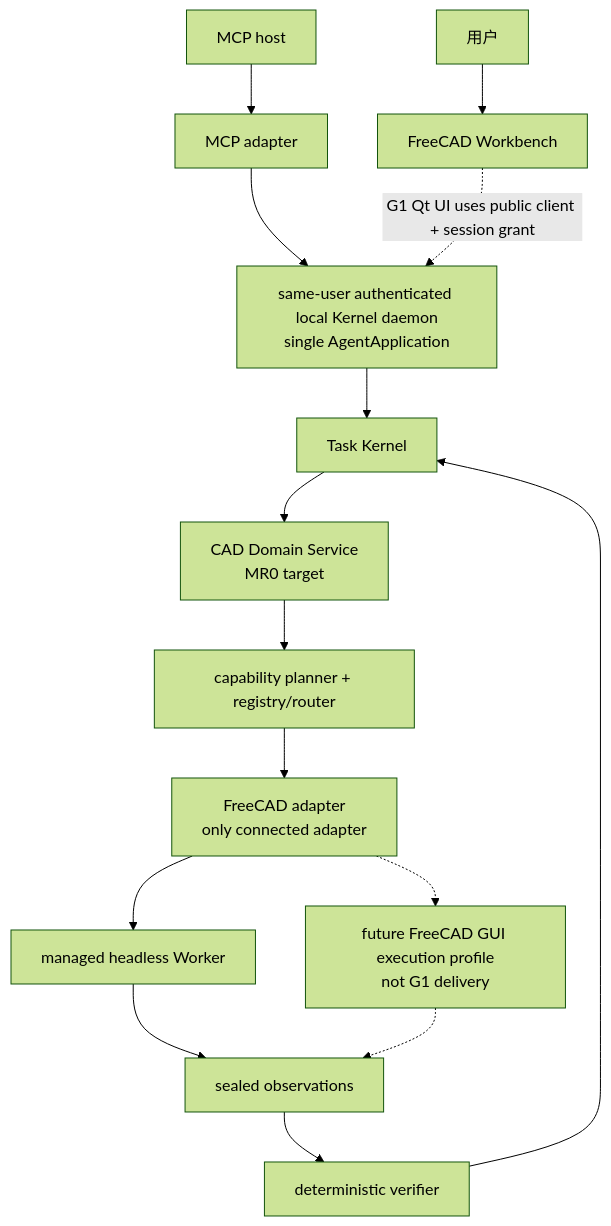
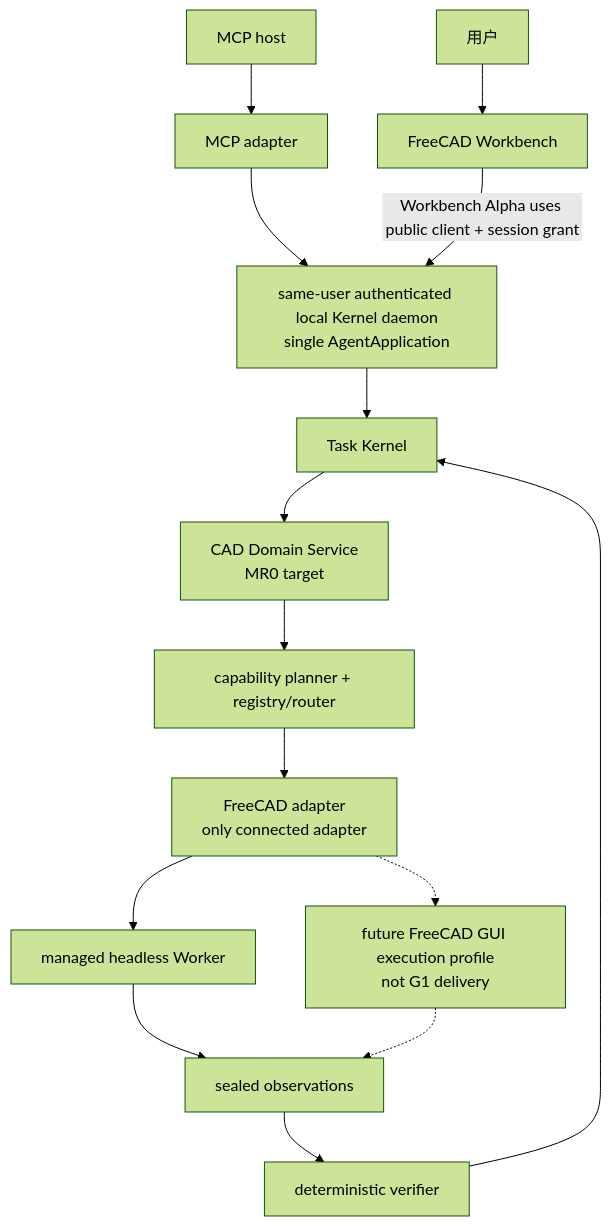
The second of 2 diagrams in docs/AGENT_ARCHITECTURE.md (wangtao9090/VibeCAD), drawn with Mermaid (forest theme) before and after one commit. The commit also changed other lines of this file and 7 other files, not shown here.

Commit message:
docs(g1): align Workbench Alpha truth

````diff
--- a/docs/AGENT_ARCHITECTURE.md
+++ b/docs/AGENT_ARCHITECTURE.md
@@ -255,17 +255,17 @@
 ```mermaid
 flowchart TB
     H["MCP host"] --> M["MCP adapter"]
     U["用户"] --> G["FreeCAD Workbench"]
     M --> A["same-user authenticated local Kernel daemon<br/>single AgentApplication"]
-    G -.->|"G1 Qt UI uses public client + session grant"| A
+    G -->|"Workbench Alpha uses public client + session grant"| A
     A --> K["Task Kernel"]
     K --> D["CAD Domain Service<br/>MR0 target"]
     D --> P["capability planner + registry/router"]
     P --> F["FreeCAD adapter<br/>only connected adapter"]
     F --> W["managed headless Worker"]
     F -.-> I["future FreeCAD GUI execution profile<br/>not G1 delivery"]
     W --> O["sealed observations"]
     I -.-> O
     O --> V["deterministic verifier"]
     V --> K
 ```
````
